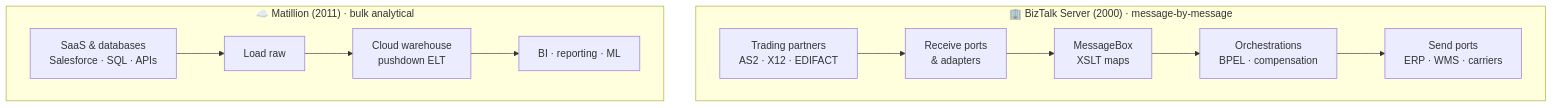
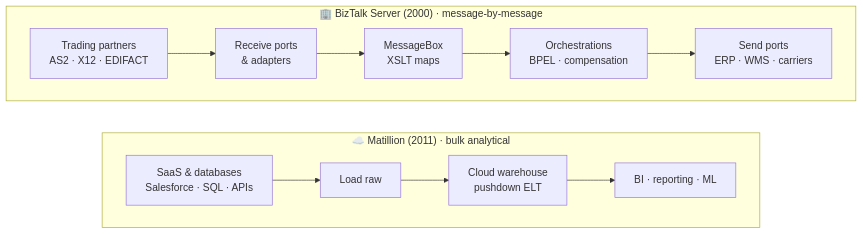
Before and after one commit to atonyhonesto/tech-articles: the first of 2 diagrams in articles/2026-06-matillion-and-biztalk/README.md, drawn with Mermaid.

Commit message:
Stack the two-eras diagram vertically
Claude-Session: https://claude.ai/code/session_01MX1pgdBHpBUXQF8RAqhMVk

````diff
--- a/articles/2026-06-matillion-and-biztalk/README.md
+++ b/articles/2026-06-matillion-and-biztalk/README.md
@@ -23,11 +23,12 @@
 ```mermaid
 flowchart TB
     subgraph BT["🏢 BizTalk Server (2000) · message-by-message"]
         direction LR
         P1["Trading partners<br/>AS2 · X12 · EDIFACT"] --> RP["Receive ports<br/>& adapters"] --> MB["MessageBox<br/>XSLT maps"] --> OR["Orchestrations<br/>BPEL · compensation"] --> SP["Send ports<br/>ERP · WMS · carriers"]
     end
     subgraph MT["☁️ Matillion (2011) · bulk analytical"]
         direction LR
         S1["SaaS & databases<br/>Salesforce · SQL · APIs"] --> LD["Load raw"] --> WH["Cloud warehouse<br/>pushdown ELT"] --> BI["BI · reporting · ML"]
     end
+    BT ~~~ MT
 ```
````
